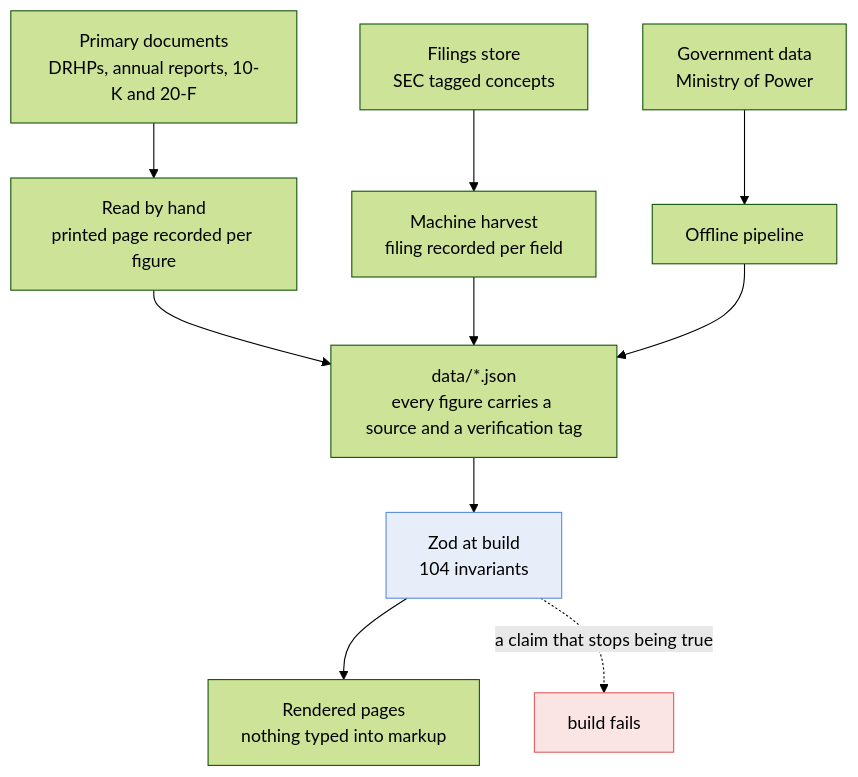
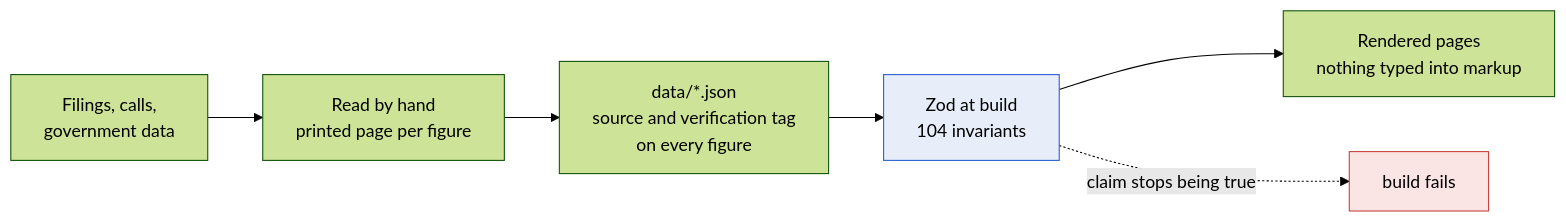
Before and after one commit to DogInfantry/datacenter-capacity-audit: the diagram in README.md, drawn with Mermaid (forest theme). The commit also changed other lines of this file and 7 other files, not shown here.

````diff
--- a/README.md
+++ b/README.md
@@ -113,14 +112,10 @@
 ```mermaid
-flowchart TD
-  F["Primary documents<br/>DRHPs, annual reports, 10-K and 20-F"] --> R["Read by hand<br/>printed page recorded per figure"]
-  H["Filings store<br/>SEC tagged concepts"] --> M["Machine harvest<br/>filing recorded per field"]
-  G["Government data<br/>Ministry of Power"] --> P["Offline pipeline"]
-  R --> D["data/*.json<br/>every figure carries a source and a verification tag"]
-  M --> D
-  P --> D
-  D --> Z["Zod at build<br/>104 invariants"]
-  Z --> S["Rendered pages<br/>nothing typed into markup"]
-  Z -.->|"a claim that stops being true"| X["build fails"]
-  style X fill:#fbe4e4,stroke:#e05c5c
-  style Z fill:#e8eef9,stroke:#5b8dd9
+flowchart LR
+  A["Filings, calls,<br/>government data"] --> B["Read by hand<br/>printed page per figure"]
+  B --> C["data/*.json<br/>source and verification tag<br/>on every figure"]
+  C --> D["Zod at build<br/>104 invariants"]
+  D --> E["Rendered pages<br/>nothing typed into markup"]
+  D -.->|"claim stops being true"| F["build fails"]
+  style F fill:#fbe4e4,stroke:#c8443c
+  style D fill:#e8eef9,stroke:#2f5fd0
 ```
````
